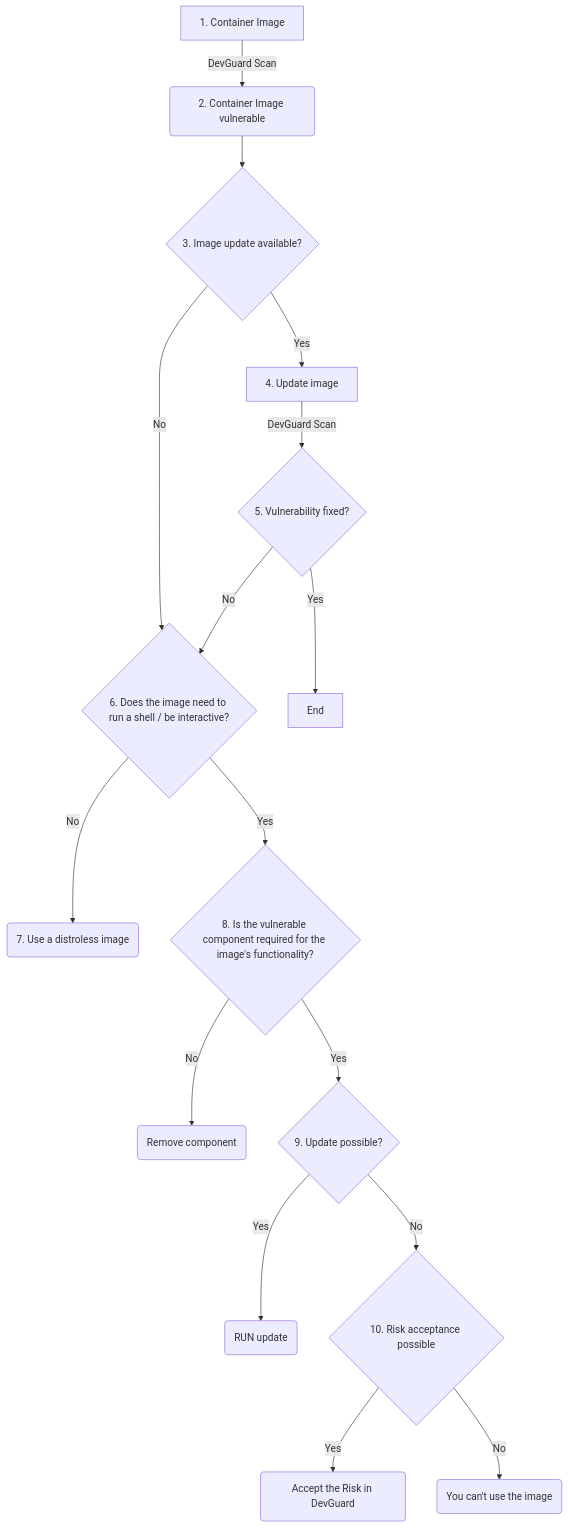
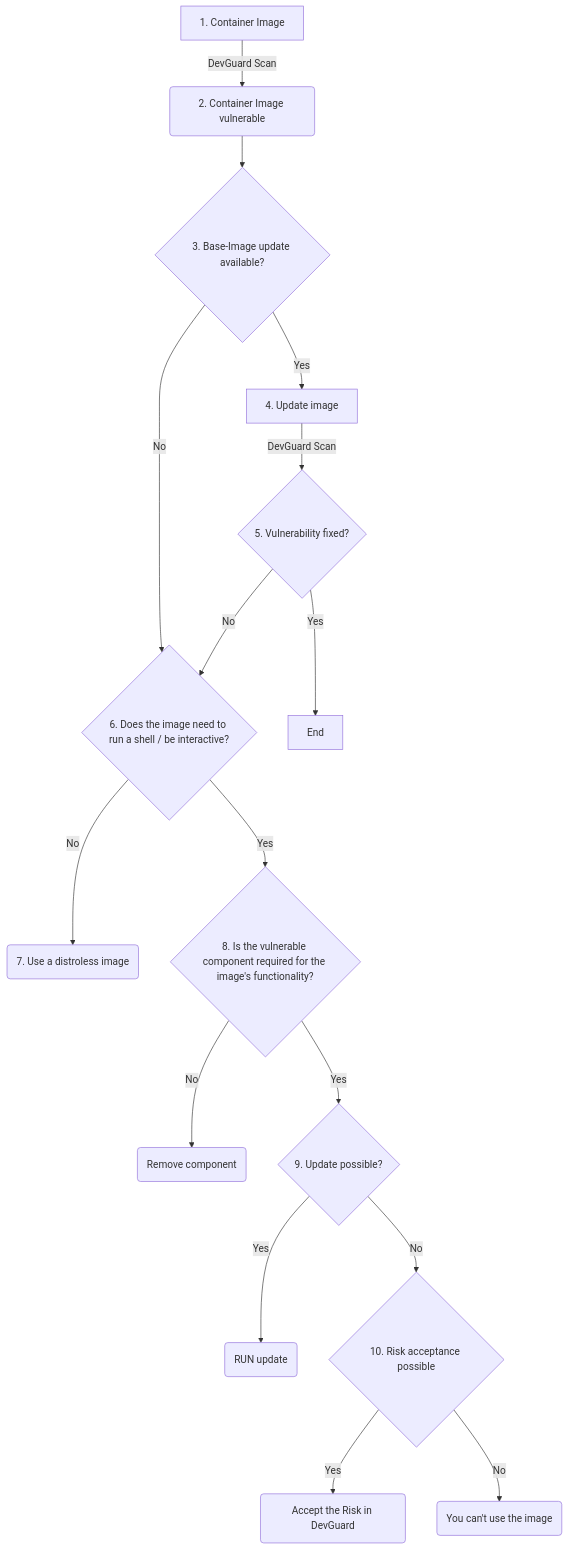
Before and after one commit to l3montree-dev/devguard-documentation: the diagram in src/pages/guides/Container-Hardening/container-hardening-overview.mdx, drawn with Mermaid. The commit also changed other lines of this file and 1 other file, not shown here.

Commit message:
Adds General process guide

````diff
--- a/src/pages/guides/Container-Hardening/container-hardening-overview.mdx
+++ b/src/pages/guides/Container-Hardening/container-hardening-overview.mdx
@@ -10,18 +10,18 @@
 ```mermaid
 flowchart TD
     A[1. Container Image] -->|DevGuard Scan| B(2. Container Image vulnerable)
-    B --> C{3. Image update available?}
+    B --> C{3. Base-Image update available?}
     C -->|Yes| D[4. Update image]
     C -->|No| E{6. Does the image need to run a shell / be interactive?}
     D --> |DevGuard Scan| F{5. Vulnerability fixed?}
     F --> |Yes| G[End]
     F --> |No| E
     E --> |No| H(7. Use a distroless image)
     E --> |Yes| J{8. Is the vulnerable component required for the image's functionality?}
     J --> |No| K(Remove component)
     J --> |Yes| L{9. Update possible?}
     L --> |Yes| M(RUN update)
     L --> |No| N{10. Risk acceptance possible}
     N --> |Yes| O(Accept the Risk in DevGuard)
     N --> |No| P(You can't use the image)
 ```
````
